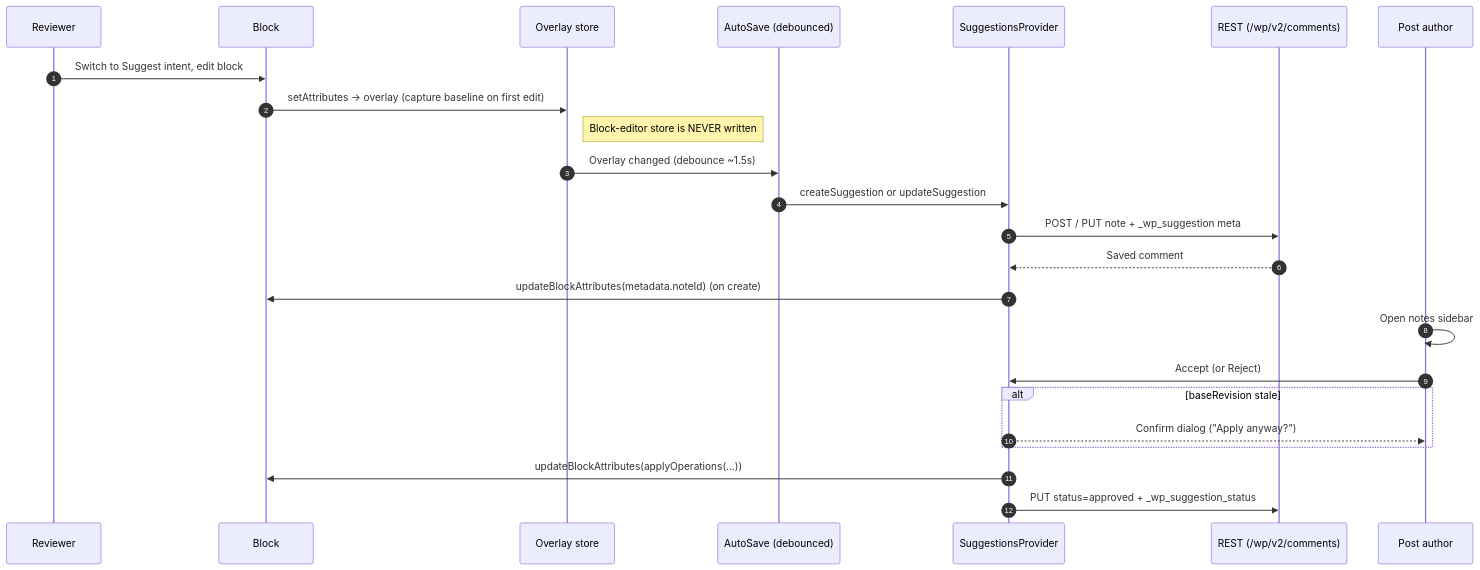
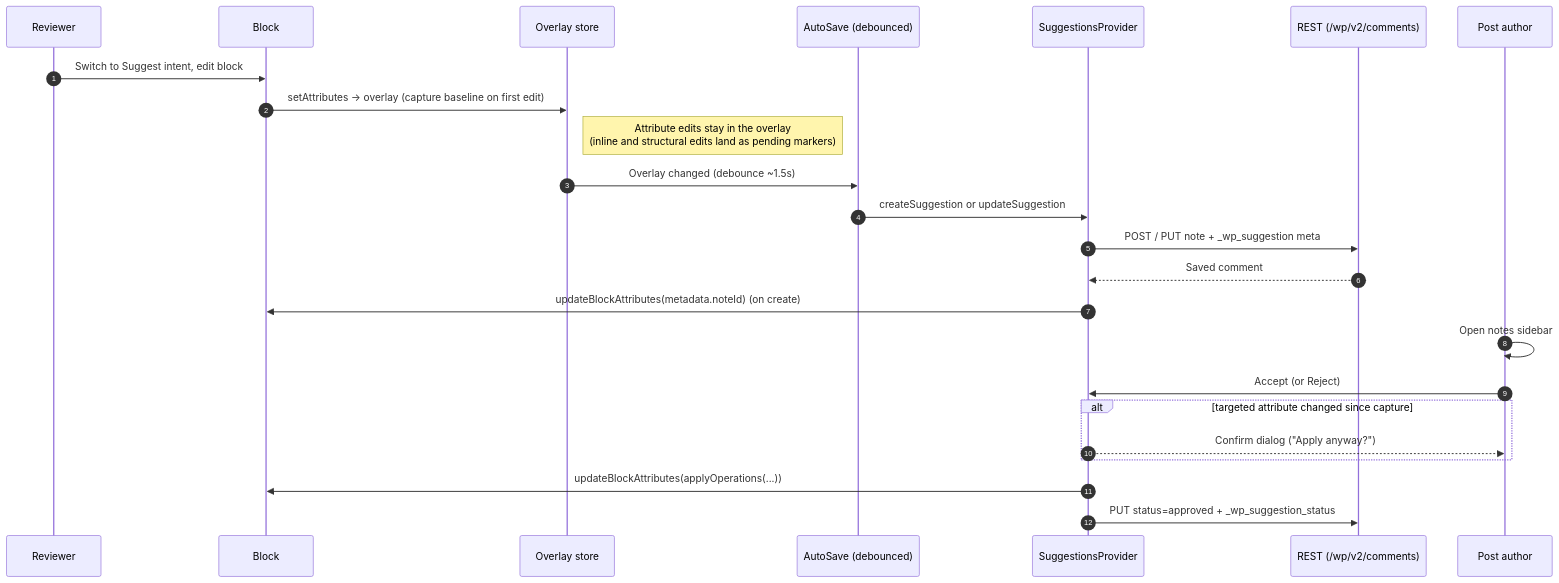
Before and after one commit to WordPress/gutenberg: the diagram in docs/explanations/architecture/suggestions.md, drawn with Mermaid. The commit also changed other lines of this file, not shown here.

````diff
--- a/docs/explanations/architecture/suggestions.md
+++ b/docs/explanations/architecture/suggestions.md
@@ -16,28 +16,28 @@
 ```mermaid
 sequenceDiagram
     autonumber
     participant U as Reviewer
     participant B as Block
     participant O as Overlay store
     participant AS as AutoSave (debounced)
     participant P as SuggestionsProvider
     participant R as REST (/wp/v2/comments)
     participant A as Post author
 
     U->>B: Switch to Suggest intent, edit block
     B->>O: setAttributes → overlay (capture baseline on first edit)
-    Note right of O: Block-editor store is NEVER written
+    Note right of O: Attribute edits stay in the overlay<br/>(inline and structural edits land as pending markers)
     O->>AS: Overlay changed (debounce ~1.5s)
     AS->>P: createSuggestion or updateSuggestion
     P->>R: POST / PUT note + _wp_suggestion meta
     R-->>P: Saved comment
     P->>B: updateBlockAttributes(metadata.noteId) (on create)
 
     A->>A: Open notes sidebar
     A->>P: Accept (or Reject)
-    alt baseRevision stale
+    alt targeted attribute changed since capture
         P-->>A: Confirm dialog ("Apply anyway?")
     end
     P->>B: updateBlockAttributes(applyOperations(...))
     P->>R: PUT status=approved + _wp_suggestion_status
 ```
````
